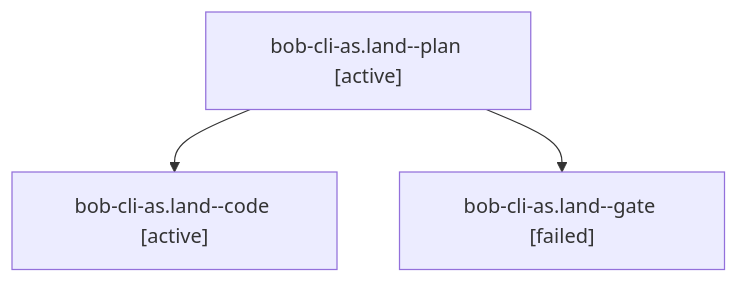
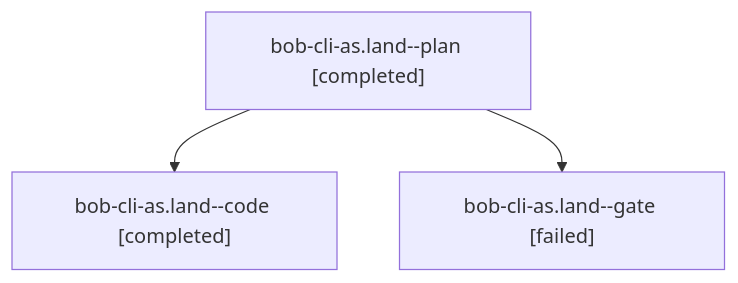
One commit to bobs-org/bob-cli--agents changed the diagram in sessions/bbugyi200.athena.bob-cli-as.land.md. Above: the diagram before and after it, drawn with Mermaid. The commit also changed other lines of this file and 100 other files, not shown here.

````diff
--- a/sessions/bbugyi200.athena.bob-cli-as.land.md
+++ b/sessions/bbugyi200.athena.bob-cli-as.land.md
@@ -9,8 +9,8 @@
 ```mermaid
 flowchart TD
-  n0["bob-cli-as.land--plan [active]"]
-  n1["bob-cli-as.land--code [active]"]
+  n0["bob-cli-as.land--plan [completed]"]
+  n1["bob-cli-as.land--code [completed]"]
   n0 --> n1
   n2["bob-cli-as.land--gate [failed]"]
   n0 --> n2
 ```
````
